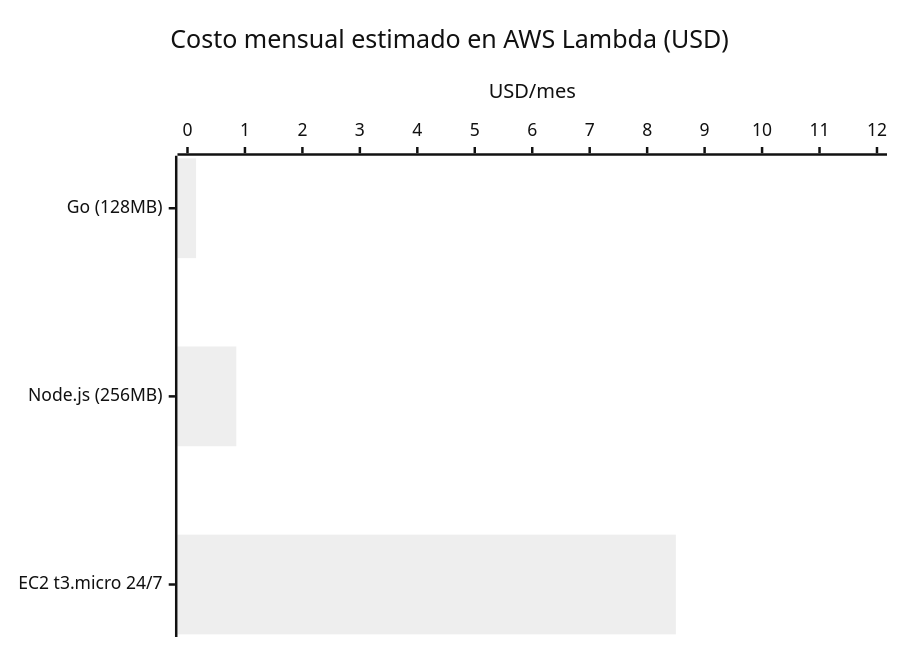
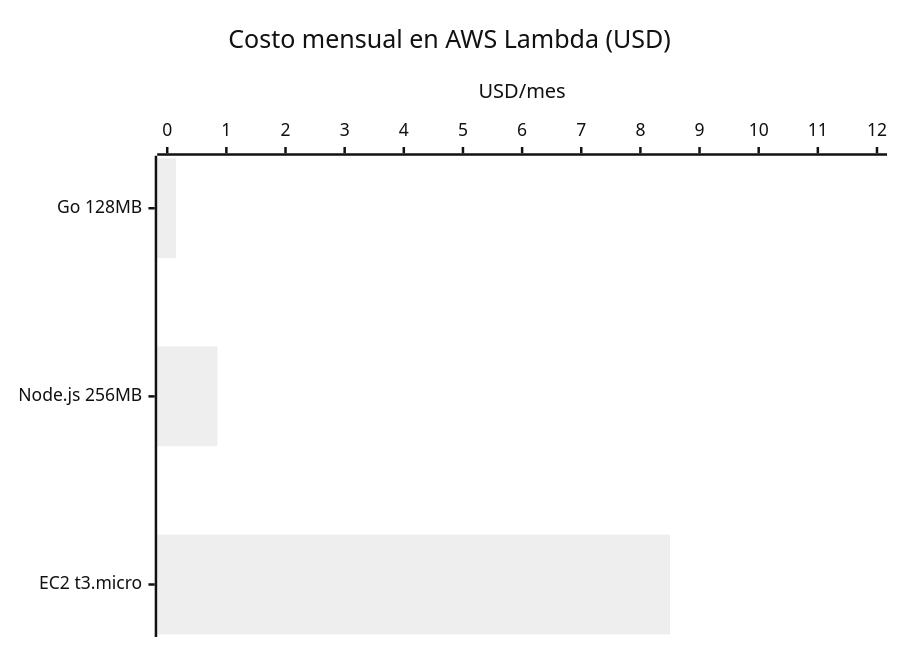
Before and after one commit to gmeono94/nua-salud-panel: the fifth of 19 diagrams in README.md, drawn with Mermaid (neutral theme). The commit also changed other lines of this file, not shown here.

First line of the commit message:
fix: shorten Mermaid labels, fix 5→8 metrics text, rework team scaling

````diff
--- a/README.md
+++ b/README.md
@@ -362,7 +362,7 @@
 ```mermaid
 xychart-beta horizontal
-    title "Costo mensual estimado en AWS Lambda (USD)"
-    x-axis ["Go (128MB)", "Node.js (256MB)", "EC2 t3.micro 24/7"]
+    title "Costo mensual en AWS Lambda (USD)"
+    x-axis ["Go 128MB", "Node.js 256MB", "EC2 t3.micro"]
     y-axis "USD/mes" 0 --> 12
     bar [0.15, 0.85, 8.50]
 ```
````
